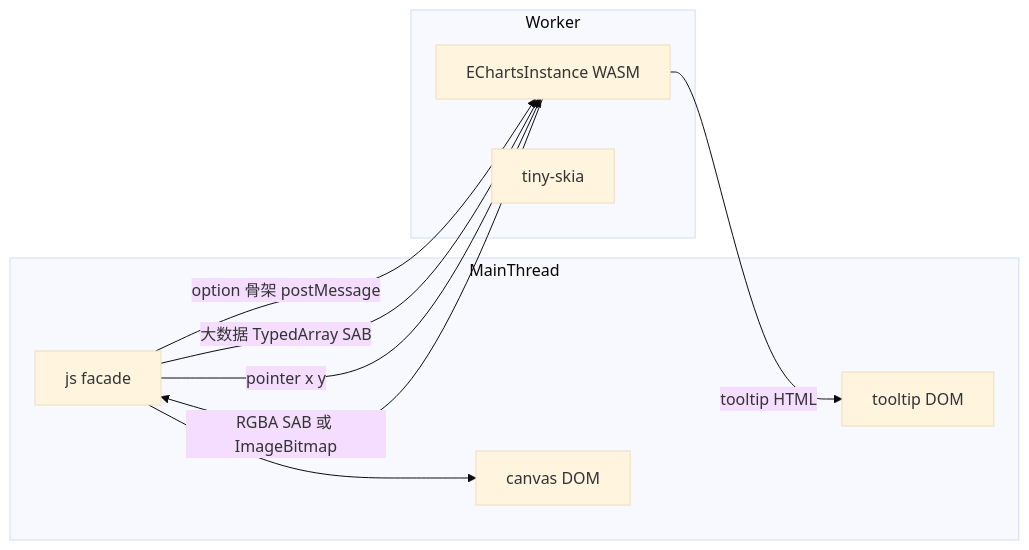
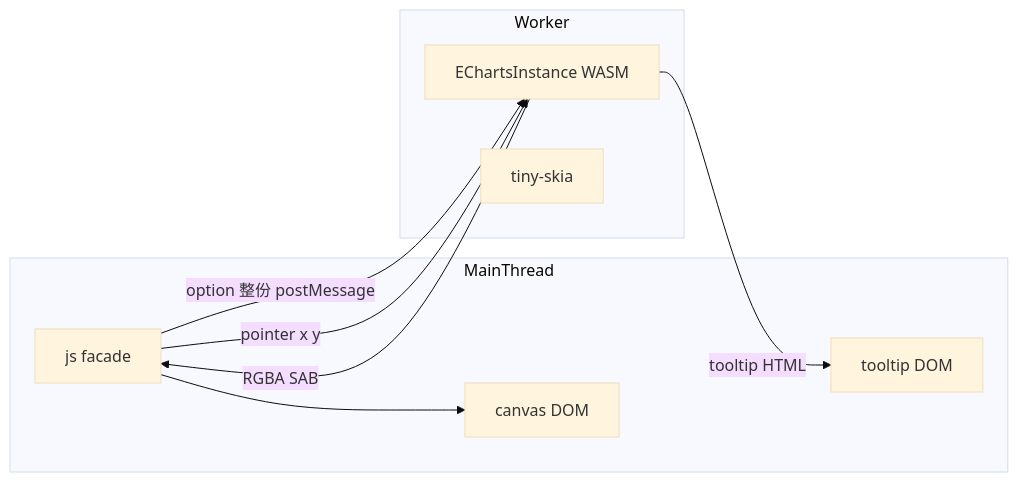
Before and after one commit to shenjunjian/wasm-echarts: the diagram in .cursor/plans/示例独立与worker_72612d7b.plan.md, drawn with Mermaid (base theme). The commit also changed other lines of this file, not shown here.

````diff
--- a/.cursor/plans/示例独立与worker_72612d7b.plan.md
+++ b/.cursor/plans/示例独立与worker_72612d7b.plan.md
@@ -81,18 +81,17 @@
 ```mermaid
 flowchart LR
   subgraph main [MainThread]
     Canvas[canvas DOM]
     Facade[js facade]
     Tip[tooltip DOM]
   end
   subgraph worker [Worker]
     Wasm[EChartsInstance WASM]
     Skia[tiny-skia]
   end
-  Facade -->|"option 骨架 postMessage"| Wasm
-  Facade -->|"大数据 TypedArray SAB"| Wasm
+  Facade -->|"option 整份 postMessage"| Wasm
   Facade -->|"pointer x y"| Wasm
-  Wasm -->|"RGBA SAB 或 ImageBitmap"| Facade
+  Wasm -->|"RGBA SAB"| Facade
   Wasm -->|"tooltip HTML"| Tip
   Facade --> Canvas
 ```
````
